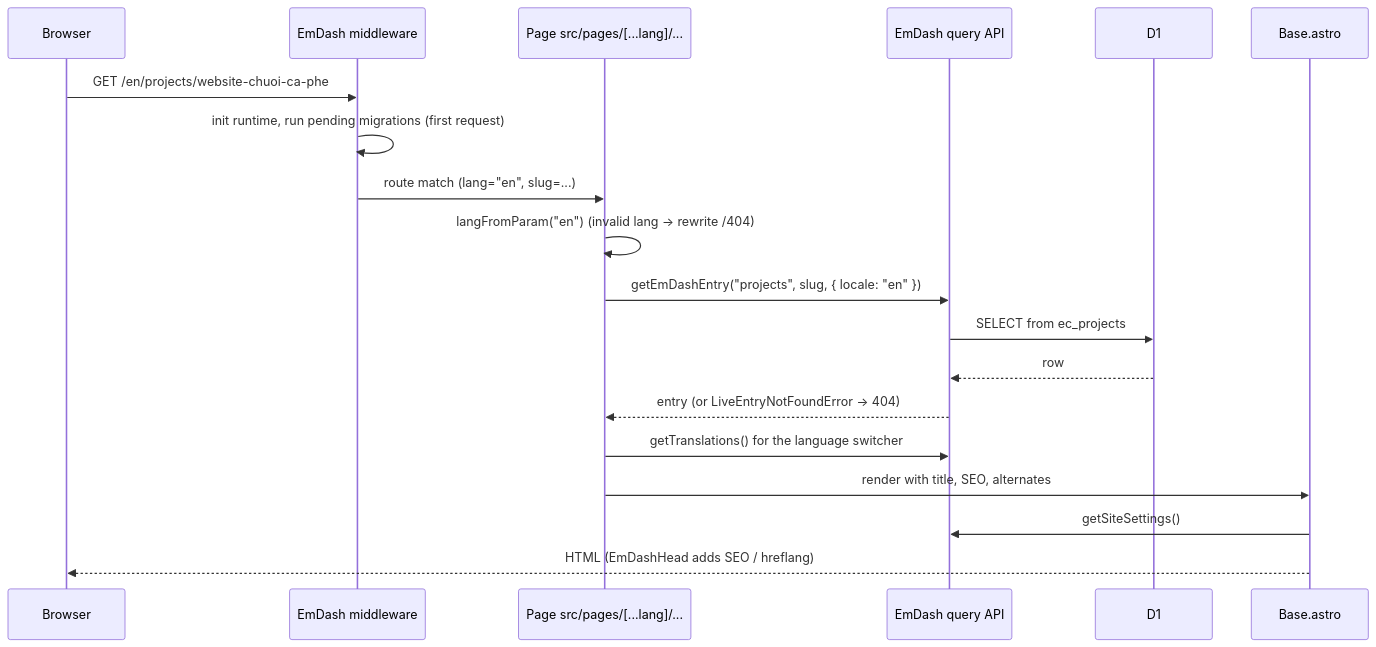
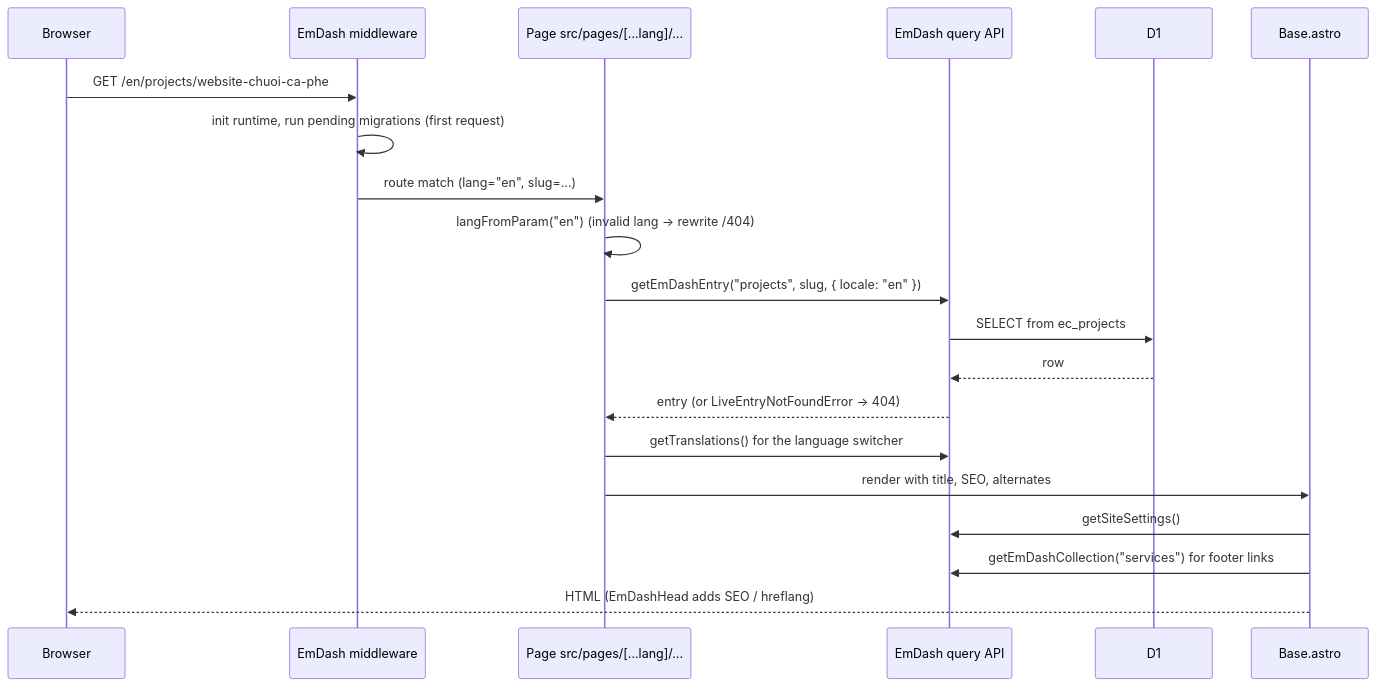
One commit to TanNgo11/ctstack changed the second of 6 diagrams in docs/architecture.md. Above: the diagram before and after it, drawn with Mermaid. The commit also changed other lines of this file and 4 other files, not shown here.

````diff
--- a/docs/architecture.md
+++ b/docs/architecture.md
@@ -45,22 +45,23 @@
 ```mermaid
 sequenceDiagram
     participant B as Browser
     participant MW as EmDash middleware
     participant P as Page src/pages/[...lang]/...
     participant Q as EmDash query API
     participant DB as D1
     participant L as Base.astro
 
     B->>MW: GET /en/projects/website-chuoi-ca-phe
     MW->>MW: init runtime, run pending migrations (first request)
     MW->>P: route match (lang="en", slug=...)
     P->>P: langFromParam("en") (invalid lang -> rewrite /404)
     P->>Q: getEmDashEntry("projects", slug, { locale: "en" })
     Q->>DB: SELECT from ec_projects
     DB-->>Q: row
     Q-->>P: entry (or LiveEntryNotFoundError -> 404)
     P->>Q: getTranslations() for the language switcher
     P->>L: render with title, SEO, alternates
     L->>Q: getSiteSettings()
+    L->>Q: getEmDashCollection("services") for footer links
     L-->>B: HTML (EmDashHead adds SEO / hreflang)
 ```
````
